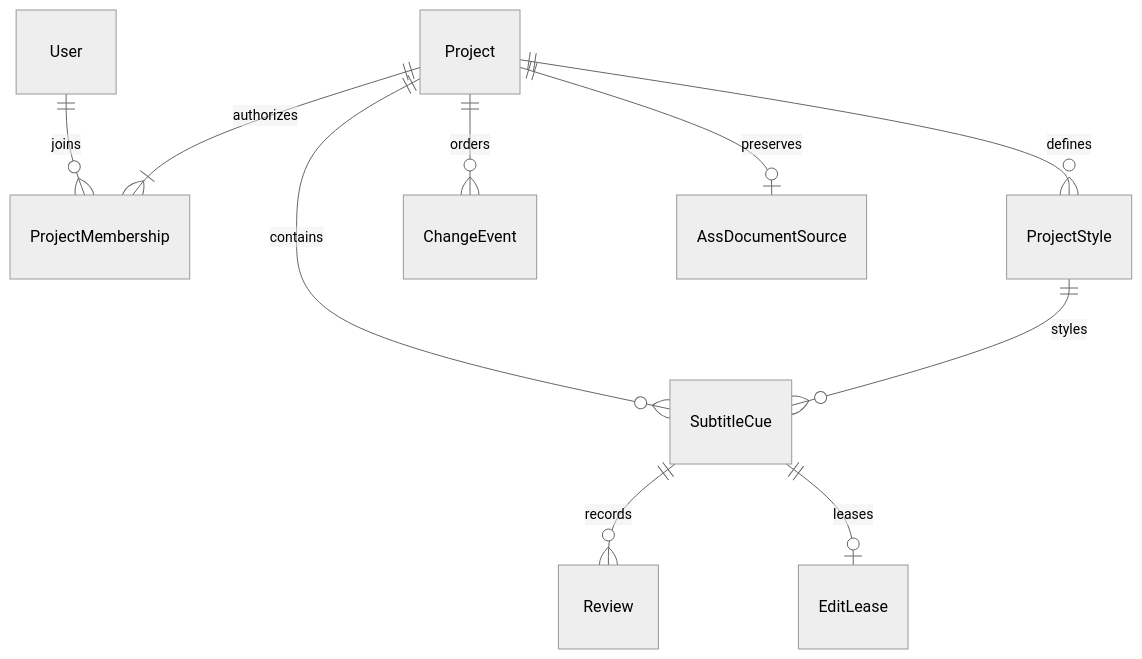
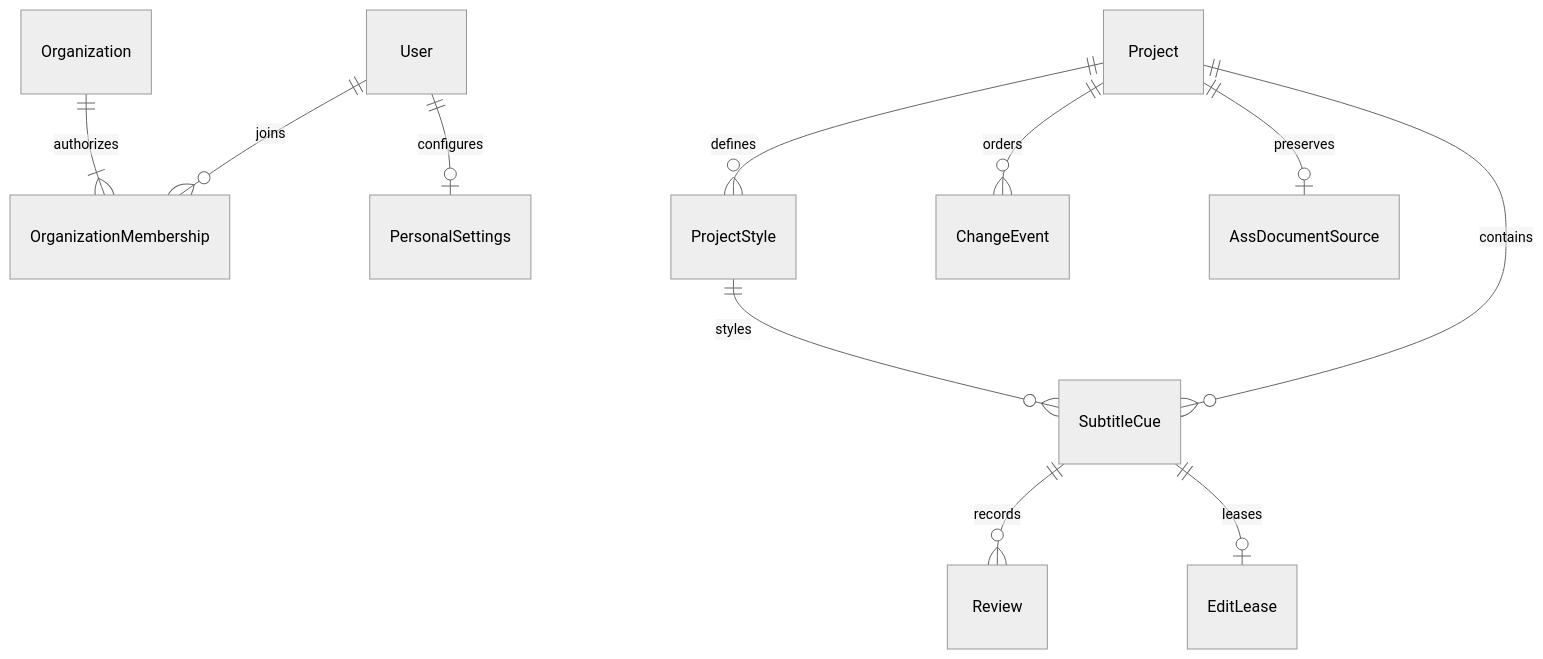
Before and after one commit to giltram/CueRelay: the first of 2 diagrams in docs/domain-model.md, drawn with Mermaid (neutral theme). The commit also changed other lines of this file and 47 other files, not shown here.

````diff
--- a/docs/domain-model.md
+++ b/docs/domain-model.md
@@ -24,12 +27,13 @@
 ```mermaid
 erDiagram
-    User ||--o{ ProjectMembership : joins
-    Project ||--|{ ProjectMembership : authorizes
+    User ||--o{ OrganizationMembership : joins
+    Organization ||--|{ OrganizationMembership : authorizes
+    User ||--o| PersonalSettings : configures
     Project ||--o{ ProjectStyle : defines
     Project ||--o{ SubtitleCue : contains
     ProjectStyle ||--o{ SubtitleCue : styles
     SubtitleCue ||--o{ Review : records
     SubtitleCue ||--o| EditLease : leases
     Project ||--o{ ChangeEvent : orders
     Project ||--o| AssDocumentSource : preserves
 ```
````
